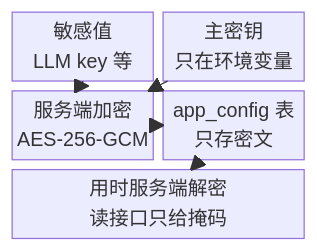
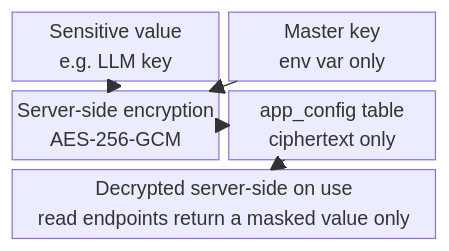
Before and after one commit to xbl2602/Averis-Monash-Hackathon-2026---Cat-on-Lime: the diagram in docs/diagrams/encryption.mmd, drawn with Mermaid. The commit also changed 161 other files, not shown here.

```diff
--- a/docs/diagrams/encryption.mmd
+++ b/docs/diagrams/encryption.mmd
@@ -1,13 +1,13 @@
-%% 源码：README 写保护节加密图 + docs/diagrams/encryption.png。
-%% 重渲染命令（仓库根目录）：npx -y @mermaid-js/mermaid-cli -i docs/diagrams/encryption.mmd -o docs/diagrams/encryption.png -c docs/diagrams/mermaid-config.json -b white -s 2
-%% 口径见 lib/shared/crypto.ts 头注释：主密钥永不进库/进 git/回显；读接口只给掩码；加解密用同一把 key。
-%% block 网格写法（flowchart 里两个无入边节点会被竖叠，排不成一行，只能用 block 锁格子）。
+%% Source: the README write-protection encryption diagram + docs/diagrams/encryption.png.
+%% Re-render command (from repo root): npx -y @mermaid-js/mermaid-cli -i docs/diagrams/encryption.mmd -o docs/diagrams/encryption.png -c docs/diagrams/mermaid-config.json -b white -s 2
+%% Reference: see the header comment in lib/shared/crypto.ts — the master key never goes into the database, git, or an echoed response; read endpoints only ever return a masked value; encryption and decryption use the same key.
+%% Block grid approach (in a flowchart, two nodes with no incoming edges get stacked vertically instead of laid out in a row, so a block grid is used to lock the layout).
 block-beta
   columns 2
-  IN["敏感值<br/>LLM key 等"] K["主密钥<br/>只在环境变量"]
-  E["服务端加密<br/>AES-256-GCM"] DB["app_config 表<br/>只存密文"]
-  D["用时服务端解密<br/>读接口只给掩码"]:2
+  IN["Sensitive value<br/>e.g. LLM key"] K["Master key<br/>env var only"]
+  E["Server-side encryption<br/>AES-256-GCM"] DB["app_config table<br/>ciphertext only"]
+  D["Decrypted server-side on use<br/>read endpoints return a masked value only"]:2
   IN --> E
   K --> E
   E --> DB
   DB --> D
```
